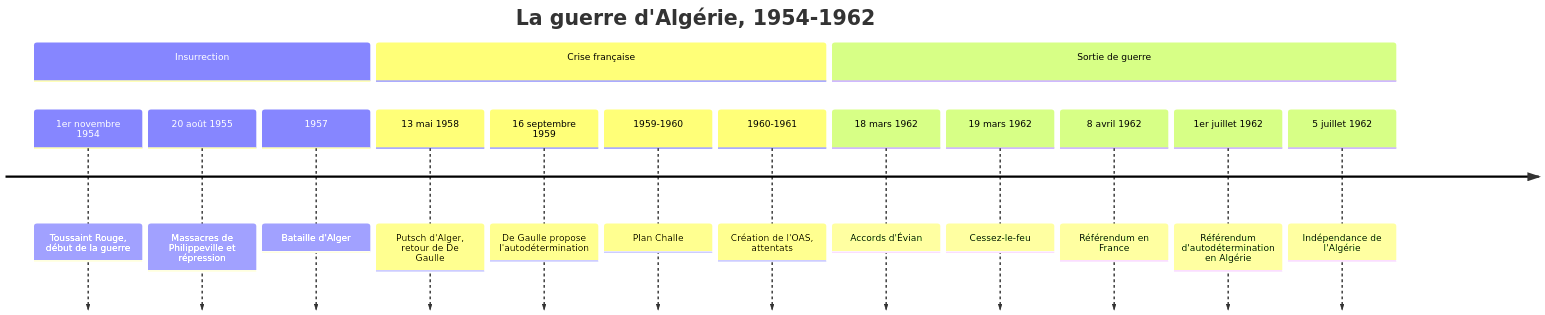
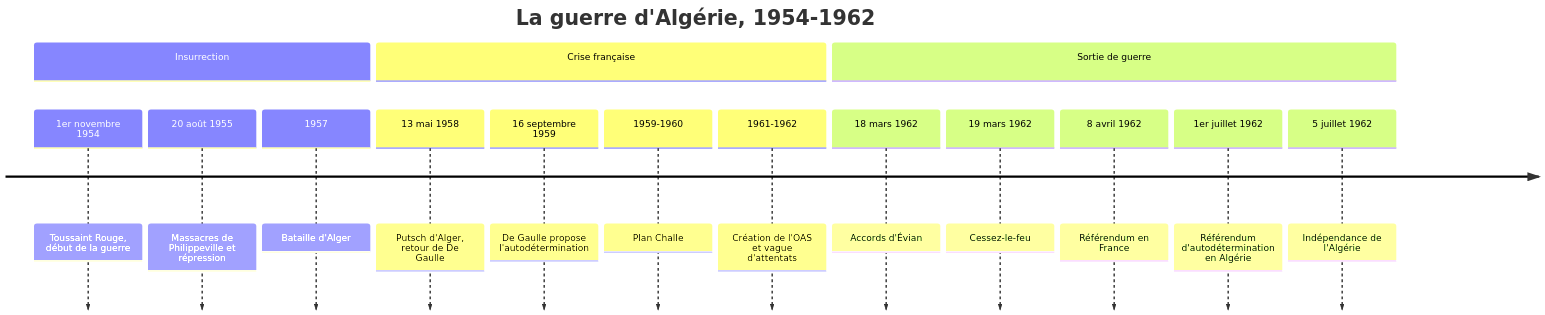
The diagram in Social Sciences/History/France/10 - Guerre d'Algérie.md (rwmicro/pensine), drawn with Mermaid before and after one commit. The commit also changed 4 other files, not shown here.

````diff
--- a/Social Sciences/History/France/10 - Guerre d'Algérie.md
+++ b/Social Sciences/History/France/10 - Guerre d'Algérie.md
@@ -114,19 +114,19 @@
 ```mermaid
 timeline
     title La guerre d'Algérie, 1954-1962
     section Insurrection
         1er novembre 1954 : Toussaint Rouge, début de la guerre
         20 août 1955 : Massacres de Philippeville et répression
         1957 : Bataille d'Alger
     section Crise française
         13 mai 1958 : Putsch d'Alger, retour de De Gaulle
         16 septembre 1959 : De Gaulle propose l'autodétermination
         1959-1960 : Plan Challe
-        1960-1961 : Création de l'OAS, attentats
+        1961-1962 : Création de l'OAS et vague d'attentats
     section Sortie de guerre
         18 mars 1962 : Accords d'Évian
         19 mars 1962 : Cessez-le-feu
         8 avril 1962 : Référendum en France
         1er juillet 1962 : Référendum d'autodétermination en Algérie
         5 juillet 1962 : Indépendance de l'Algérie
 ```
````
